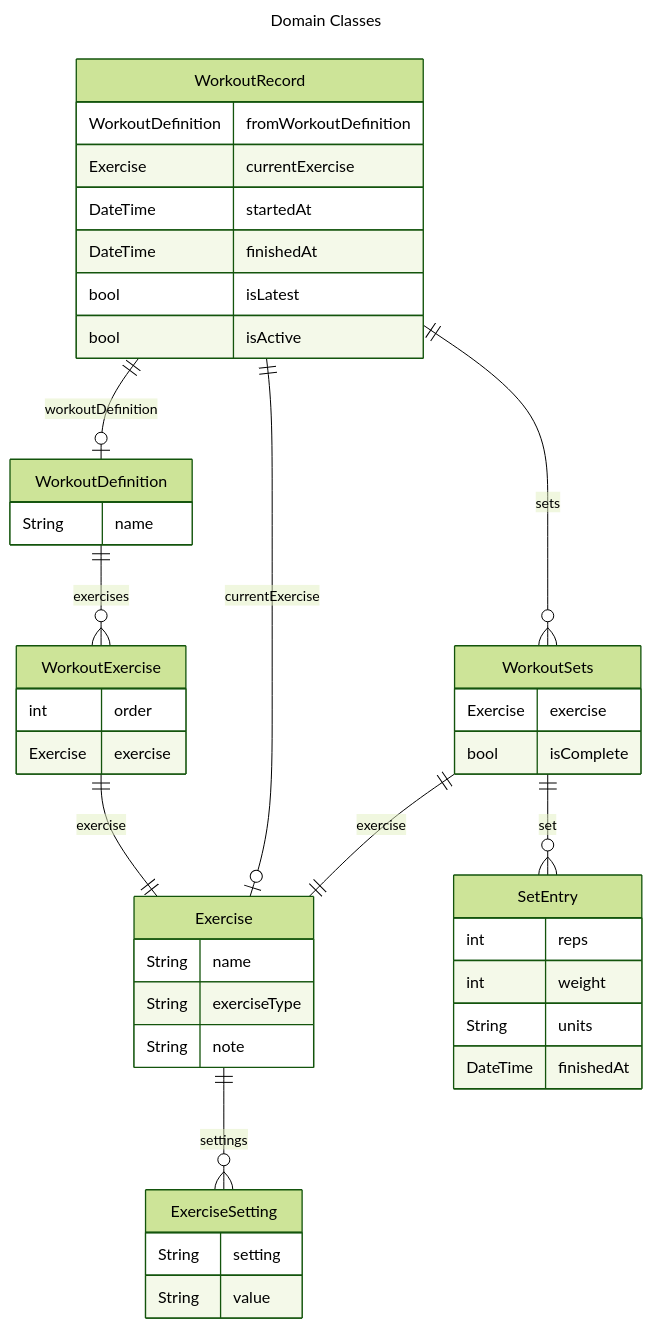
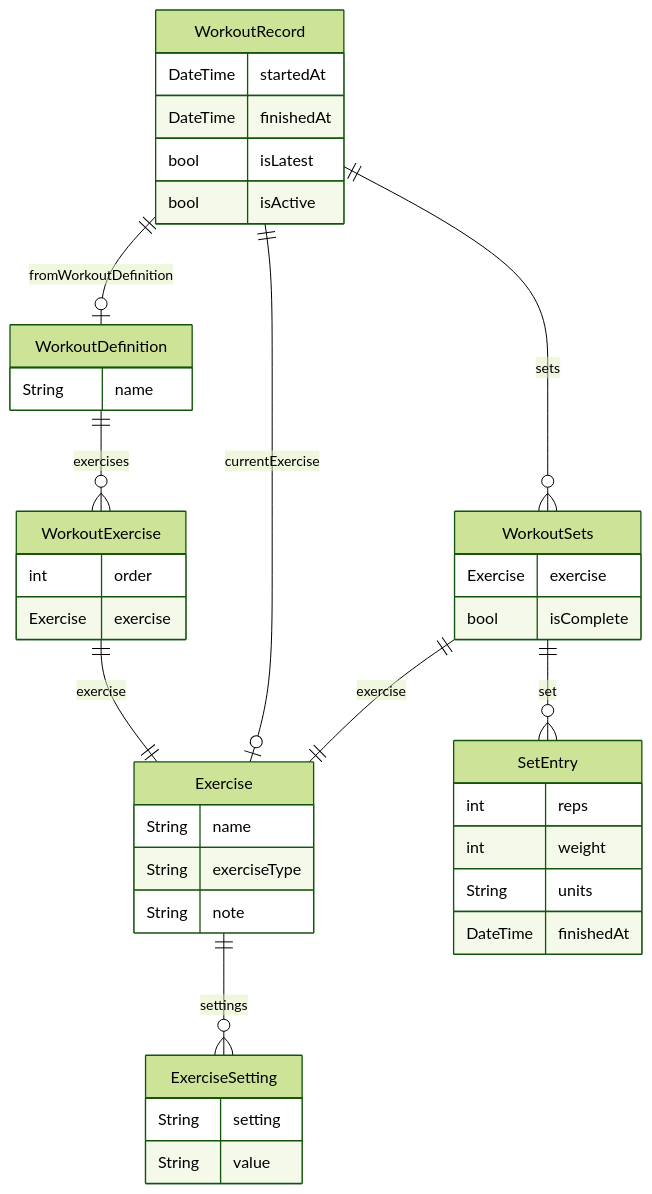
One commit to colin-young/workout-tracker changed the first of 2 diagrams in classes.md. Above: the diagram before and after it, drawn with Mermaid. The commit also changed other lines of this file and 68 other files, not shown here.

````diff
--- a/classes.md
+++ b/classes.md
@@ -2,61 +3,58 @@
 ```mermaid
 ---
-title: Domain Classes
 config:
   theme: forest
   er:
     layoutDirection: TB
 ---
 erDiagram
 
     Exercise ||--o{ ExerciseSetting : settings
     WorkoutExercise ||--|| Exercise : exercise
     WorkoutDefinition ||--o{ WorkoutExercise : exercises
     WorkoutSets ||--|| Exercise : exercise
     WorkoutSets ||--o{ SetEntry : set
-    WorkoutRecord ||--o| WorkoutDefinition : workoutDefinition
+    WorkoutRecord ||--o| WorkoutDefinition : fromWorkoutDefinition
     WorkoutRecord ||--o| Exercise : currentExercise
     WorkoutRecord ||--o{ WorkoutSets : sets
 
     ExerciseSetting {
         String setting
         String value
     }
 
     Exercise {
         String name
         String exerciseType
         String note
     }
 
     SetEntry {
         int reps
         int weight
         String units
         DateTime finishedAt
     }
 
     WorkoutExercise {
         int order
         Exercise exercise
     }
 
     WorkoutDefinition{
         String name
     }
 
     WorkoutSets {
         Exercise exercise
         bool isComplete
     }
 
     WorkoutRecord {
-        WorkoutDefinition fromWorkoutDefinition
-        Exercise currentExercise
         DateTime startedAt
         DateTime finishedAt
         bool isLatest
         bool isActive
     }
 
 ```
````
